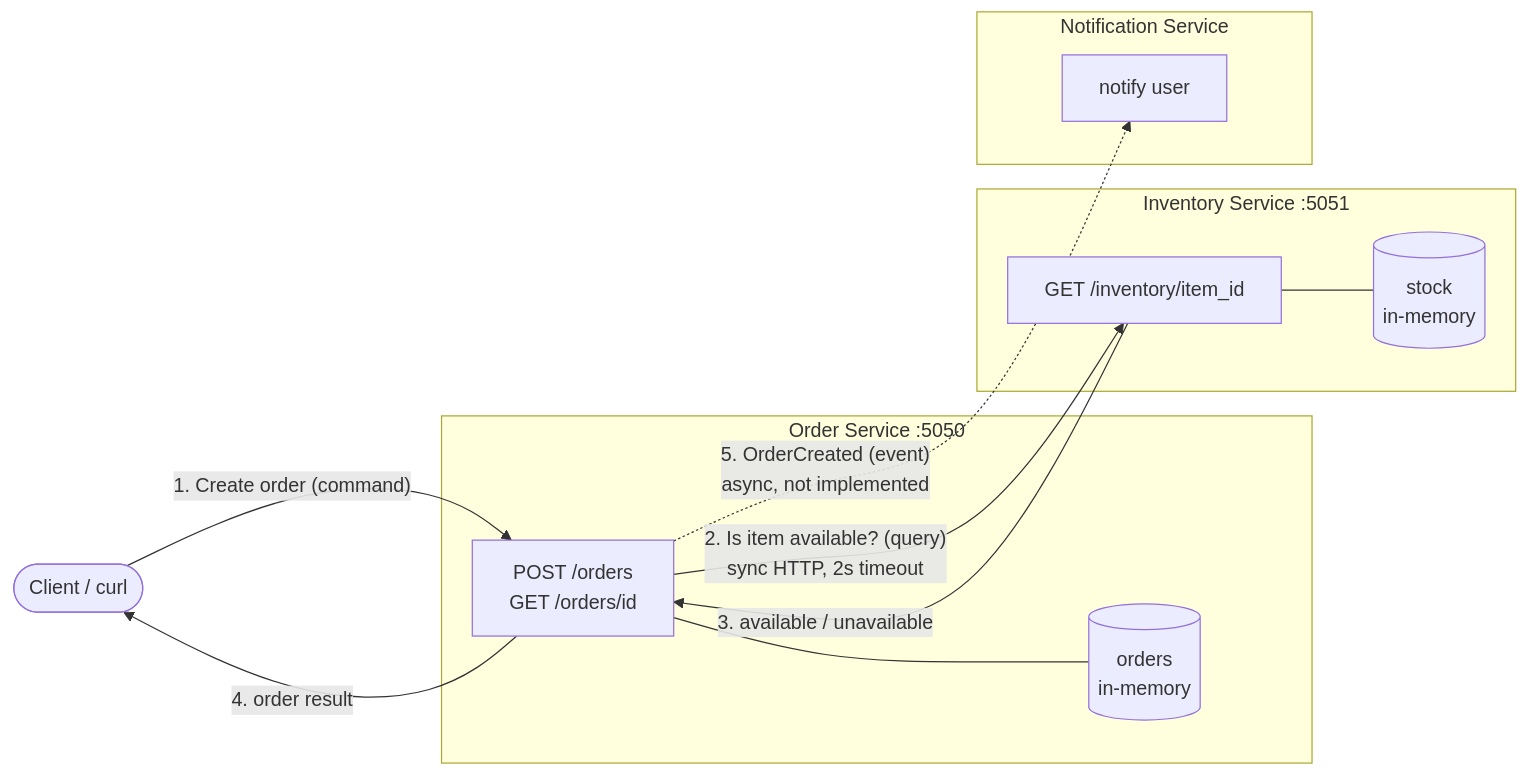
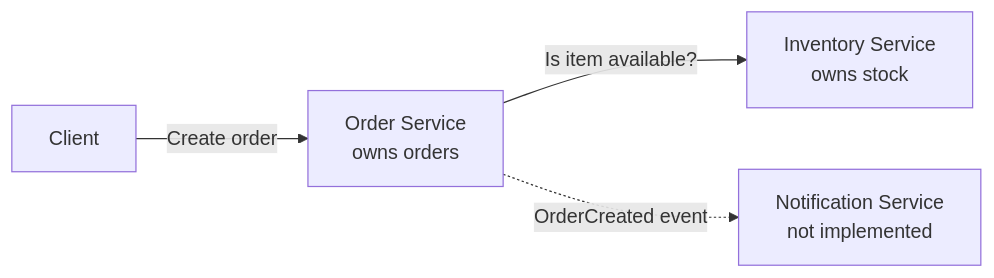
The diagram in README.md (ranadhir-rikkala/273-Architecture-Service-Boundaries), drawn with Mermaid before and after one commit.

Commit message:
Update architecture diagram

````diff
--- a/README.md
+++ b/README.md
@@ -41,26 +41,6 @@
 ```mermaid
 flowchart LR
-    Client([Client / curl])
-
-    subgraph OS[Order Service :5050]
-        OAPI[POST /orders<br/>GET /orders/id]
-        ODB[(orders<br/>in-memory)]
-        OAPI --- ODB
-    end
-
-    subgraph IS[Inventory Service :5051]
-        IAPI[GET /inventory/item_id]
-        IDB[(stock<br/>in-memory)]
-        IAPI --- IDB
-    end
-
-    subgraph NS[Notification Service]
-        NWORK[notify user]
-    end
-
-    Client -- "1. Create order (command)" --> OAPI
-    OAPI -- "2. Is item available? (query)<br/>sync HTTP, 2s timeout" --> IAPI
-    IAPI -- "3. available / unavailable" --> OAPI
-    OAPI -- "4. order result" --> Client
-    OAPI -. "5. OrderCreated (event)<br/>async, not implemented" .-> NWORK
+    Client[Client] -->|Create order| Order[Order Service<br/>owns orders]
+    Order -->|Is item available?| Inventory[Inventory Service<br/>owns stock]
+    Order -.->|OrderCreated event| Notification[Notification Service<br/>not implemented]
 ```
````
